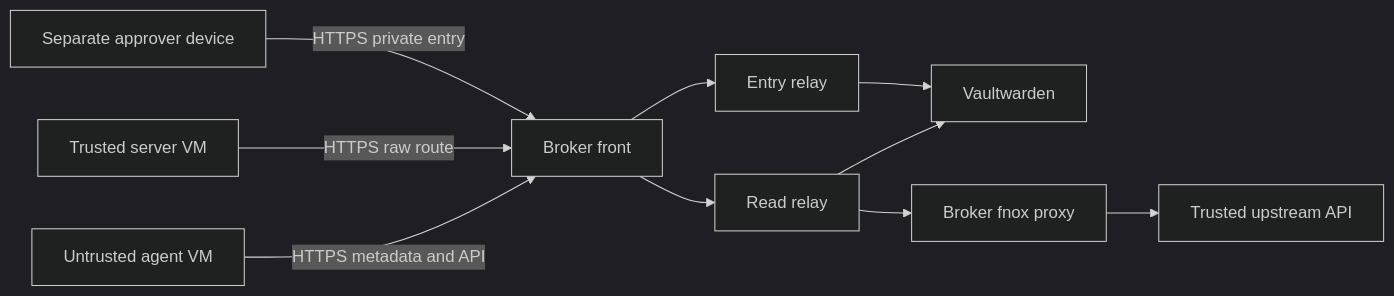
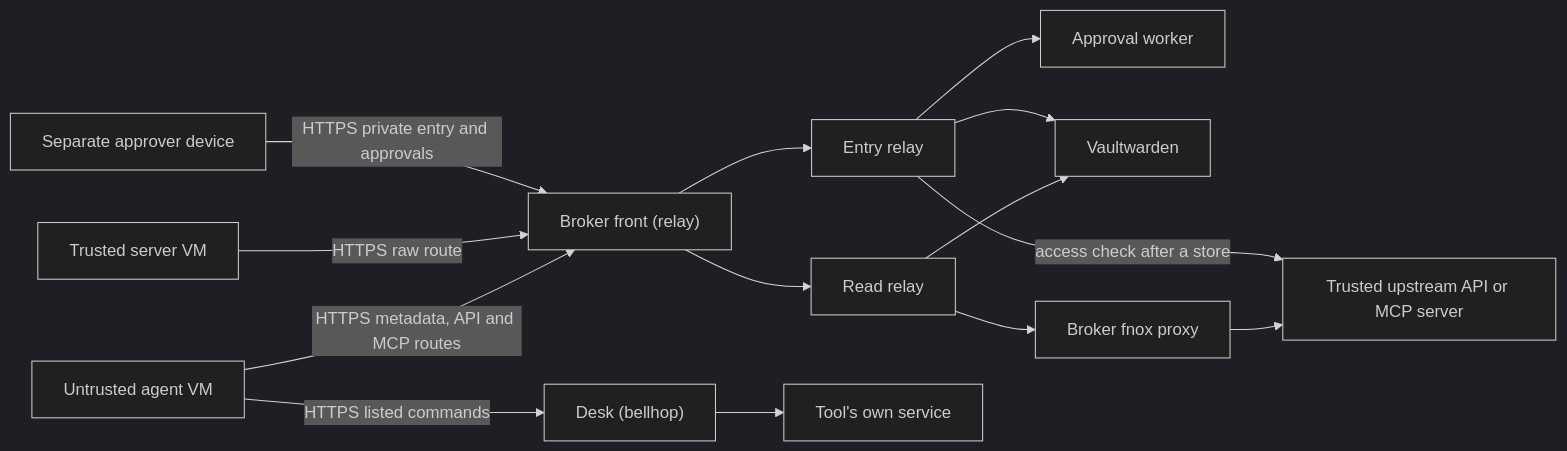
Before and after one commit to machinarii/valetkey: the diagram in docs/valetkey-threat-model.md, drawn with Mermaid (dark theme). The commit also changed other lines of this file and 14 other files, not shown here.

First line of the commit message:
Join an existing route by approval; diagrams and animation use the new names

````diff
--- a/docs/valetkey-threat-model.md
+++ b/docs/valetkey-threat-model.md
@@ -61,12 +69,16 @@
 ```mermaid
 flowchart LR
-  A["Untrusted agent VM"] -->|HTTPS metadata and API| F["Broker front"]
+  A["Untrusted agent VM"] -->|HTTPS metadata, API and MCP routes| F["Broker front (relay)"]
   C["Trusted server VM"] -->|HTTPS raw route| F
-  O["Separate approver device"] -->|HTTPS private entry| F
+  O["Separate approver device"] -->|HTTPS private entry and approvals| F
   F --> R["Read relay"]
   F --> E["Entry relay"]
+  E --> W["Approval worker"]
   R --> V["Vaultwarden"]
   E --> V
   R --> P["Broker fnox proxy"]
-  P --> U["Trusted upstream API"]
+  P --> U["Trusted upstream API or MCP server"]
+  E -->|access check after a store| U
+  A -->|HTTPS listed commands| D["Desk (bellhop)"]
+  D --> S["Tool's own service"]
 ```
````
